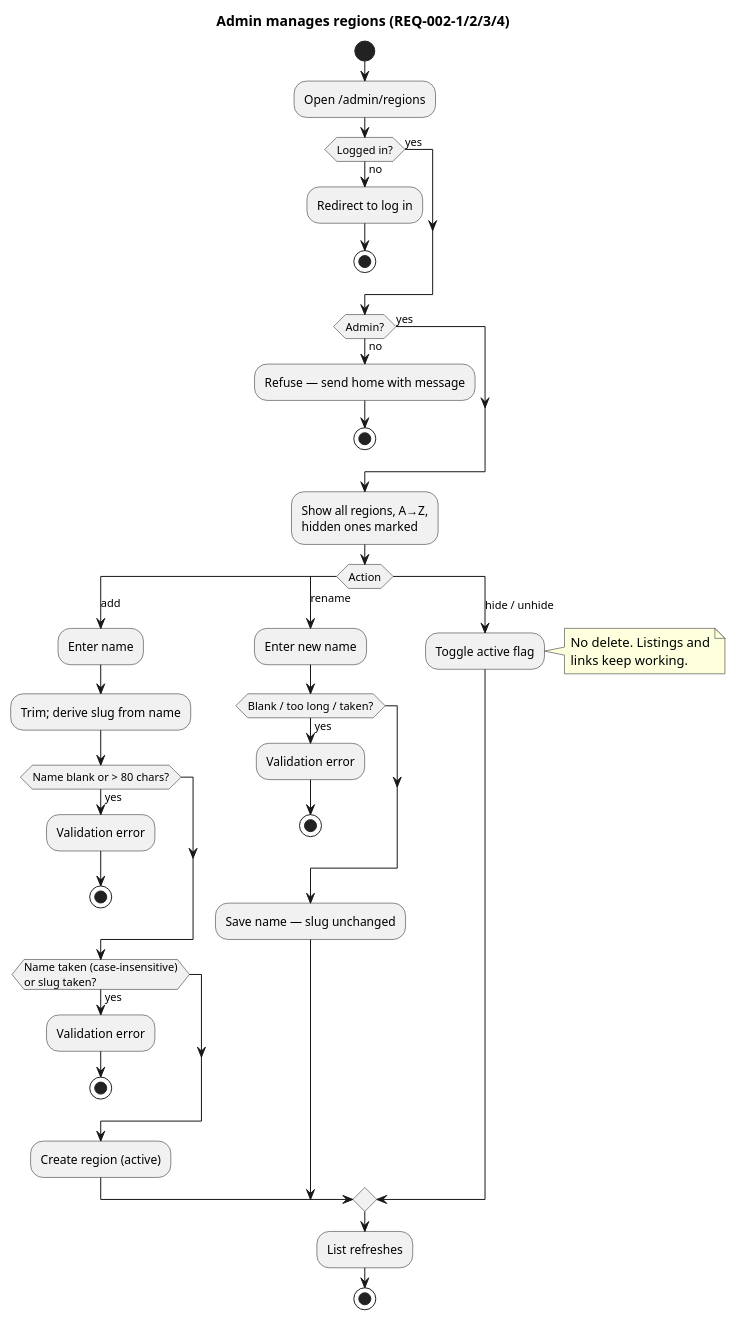
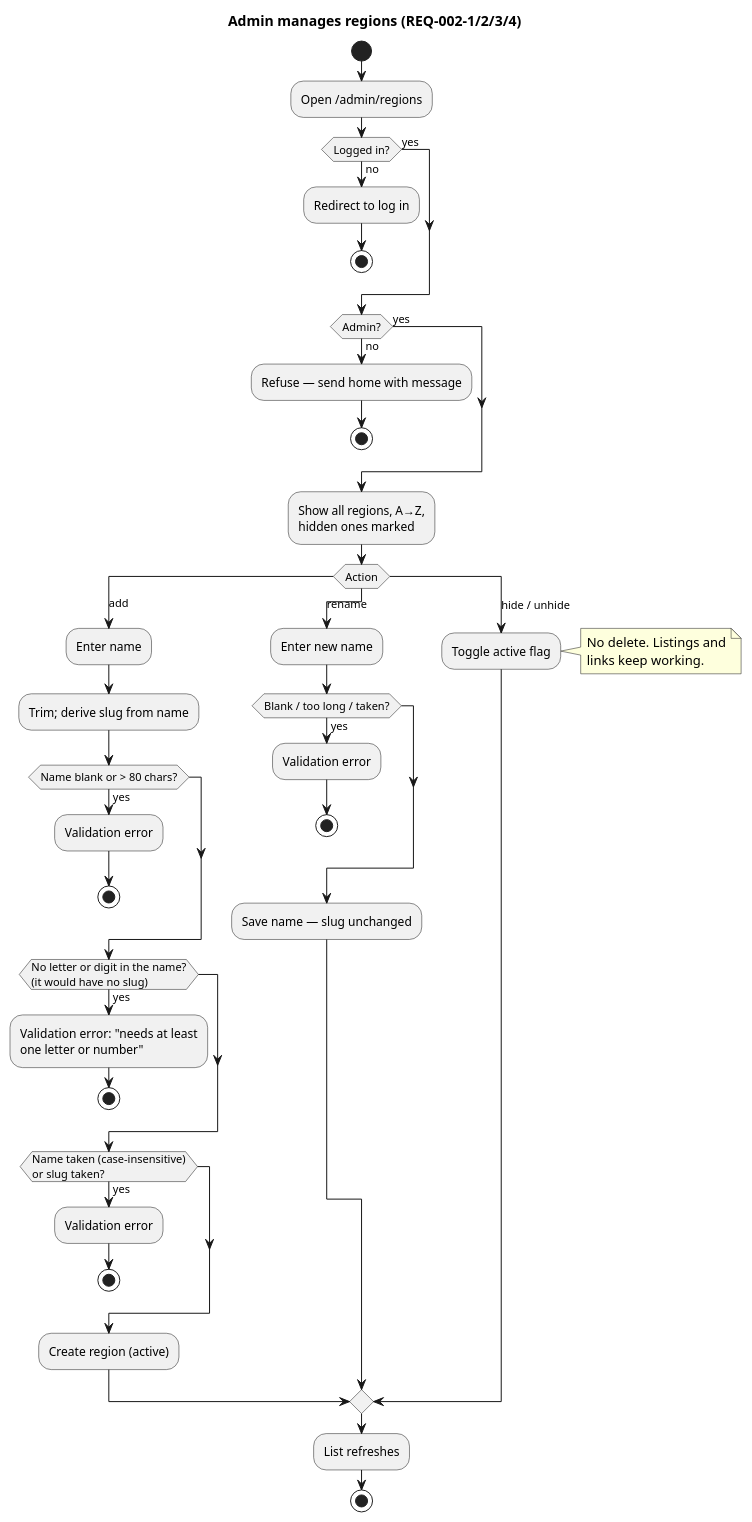
One commit to raseniero/jairojobs-elixir changed the diagram in docs/specs/002-regions/diagrams/activity-manage-regions.puml. Above: the diagram before and after it, drawn with PlantUML. The commit also changed 8 other files, not shown here.

Commit message:
docs(spec 002): a name needs a letter or digit (REQ-002-2, new scenario with its tests); wording and diagrams brought in line with the app

```diff
--- a/docs/specs/002-regions/diagrams/activity-manage-regions.puml
+++ b/docs/specs/002-regions/diagrams/activity-manage-regions.puml
@@ -1,48 +1,53 @@
 @startuml activity-manage-regions
 ' Spec 002 — Admin lists, adds, renames, hides / unhides regions (REQ-002-1..4)
 title Admin manages regions (REQ-002-1/2/3/4)
 
 start
 :Open /admin/regions;
 if (Logged in?) then (no)
   :Redirect to log in;
   stop
 else (yes)
 endif
 if (Admin?) then (no)
   :Refuse — send home with message;
   stop
 else (yes)
 endif
 :Show all regions, A→Z,
 hidden ones marked;
 switch (Action)
 case (add)
   :Enter name;
   :Trim; derive slug from name;
   if (Name blank or > 80 chars?) then (yes)
     :Validation error;
     stop
   endif
+  if (No letter or digit in the name?\n(it would have no slug)) then (yes)
+    :Validation error: "needs at least
+    one letter or number";
+    stop
+  endif
   if (Name taken (case-insensitive)\nor slug taken?) then (yes)
     :Validation error;
     stop
   endif
   :Create region (active);
 case (rename)
   :Enter new name;
   if (Blank / too long / taken?) then (yes)
     :Validation error;
     stop
   endif
   :Save name — slug unchanged;
 case (hide / unhide)
   :Toggle active flag;
   note right
     No delete. Listings and
     links keep working.
   end note
 endswitch
 :List refreshes;
 stop
 @enduml
```
